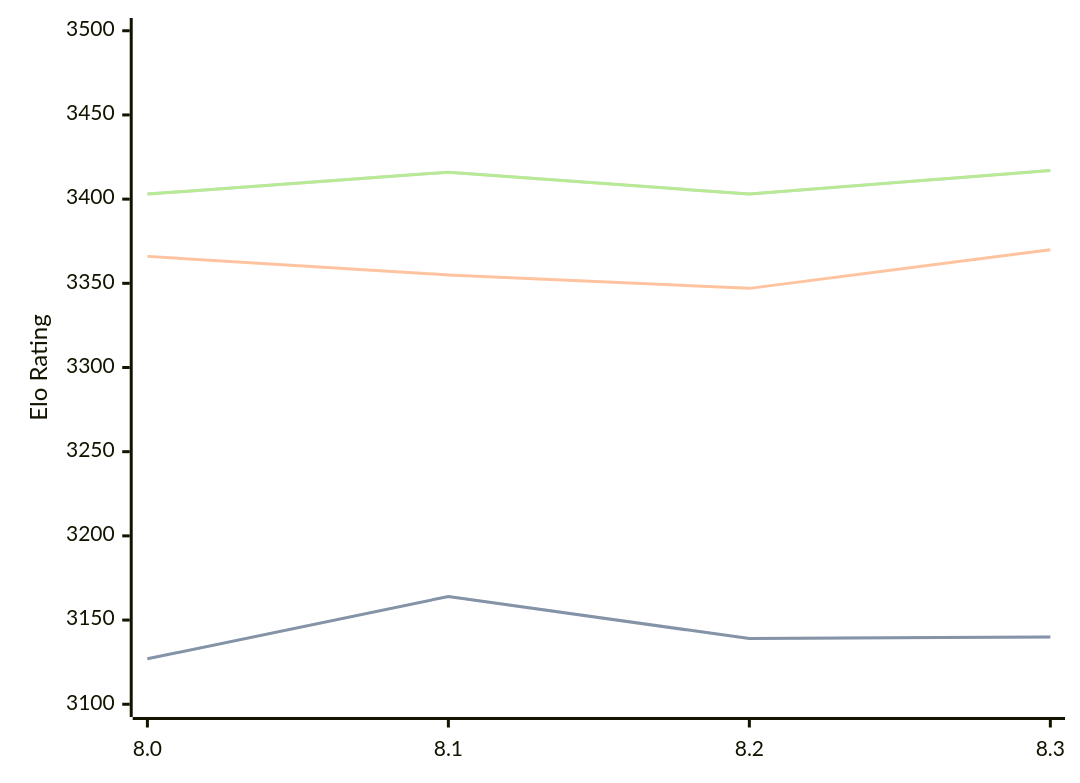
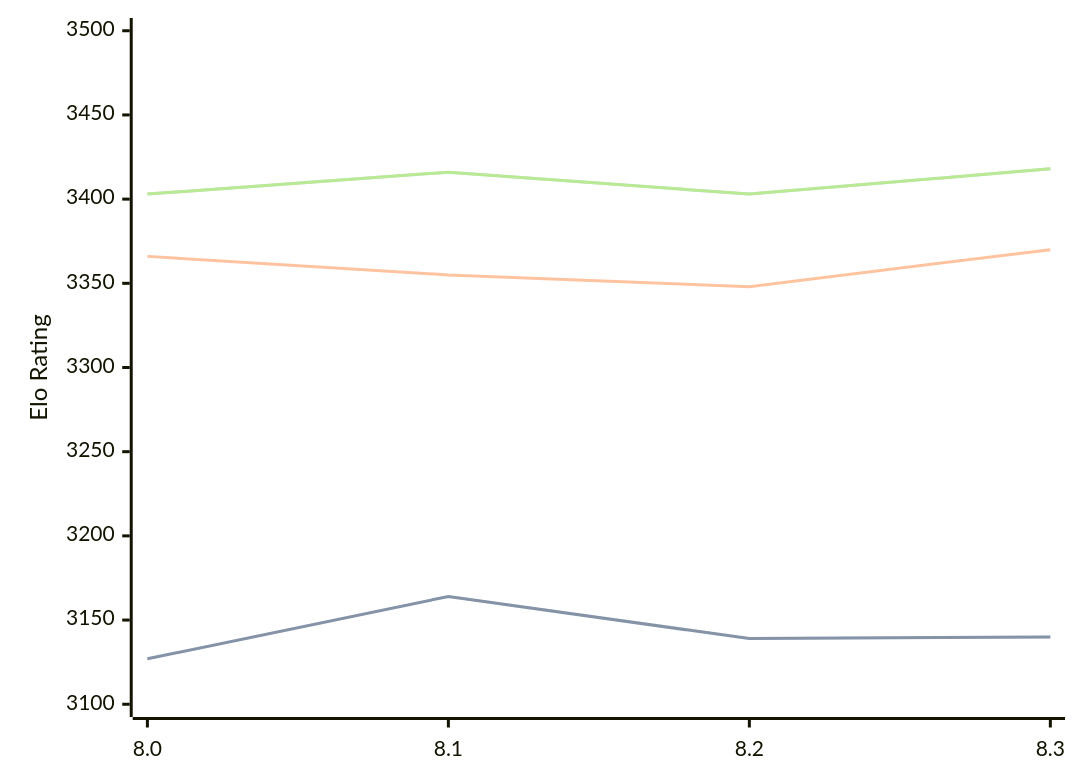
The first of 3 diagrams in engines/Alexander.md (computer-chess-index/cci), drawn with Mermaid before and after one commit. The commit also changed other lines of this file, not shown here.

Commit message:
Update CCI Ratings (ELO VLTC) - 2026-06-30

````diff
--- a/engines/Alexander.md
+++ b/engines/Alexander.md
@@ -48,11 +48,11 @@
 ```mermaid
 %%{init: {"theme":"base","themeVariables":{"seriesColors:['#a3a3a3','#222221','#faa371']}}}%%
 xychart-beta
   x-axis ["8.0", "8.1", "8.2", "8.3"]
   y-axis "Elo Rating" 3100 --> 3500
   line "STC (8.0+0.08s)" [3127, 3164, 3139, 3140]
   line "STC (8.0+0.08s)" [3127, 3164, 3139, 3140]
-  line "LTC (60.0+0.60s)" [3366, 3355, 3347, 3370]
-  line "VLTC (2m24s+1.12s)" [3403, 3416, 3403, 3417]
-  line "VLTC (2m24s+1.12s)" [3403, 3416, 3403, 3417]
+  line "LTC (60.0+0.60s)" [3366, 3355, 3348, 3370]
+  line "VLTC (2m24s+1.12s)" [3403, 3416, 3403, 3418]
+  line "VLTC (2m24s+1.12s)" [3403, 3416, 3403, 3418]
 ```
````
